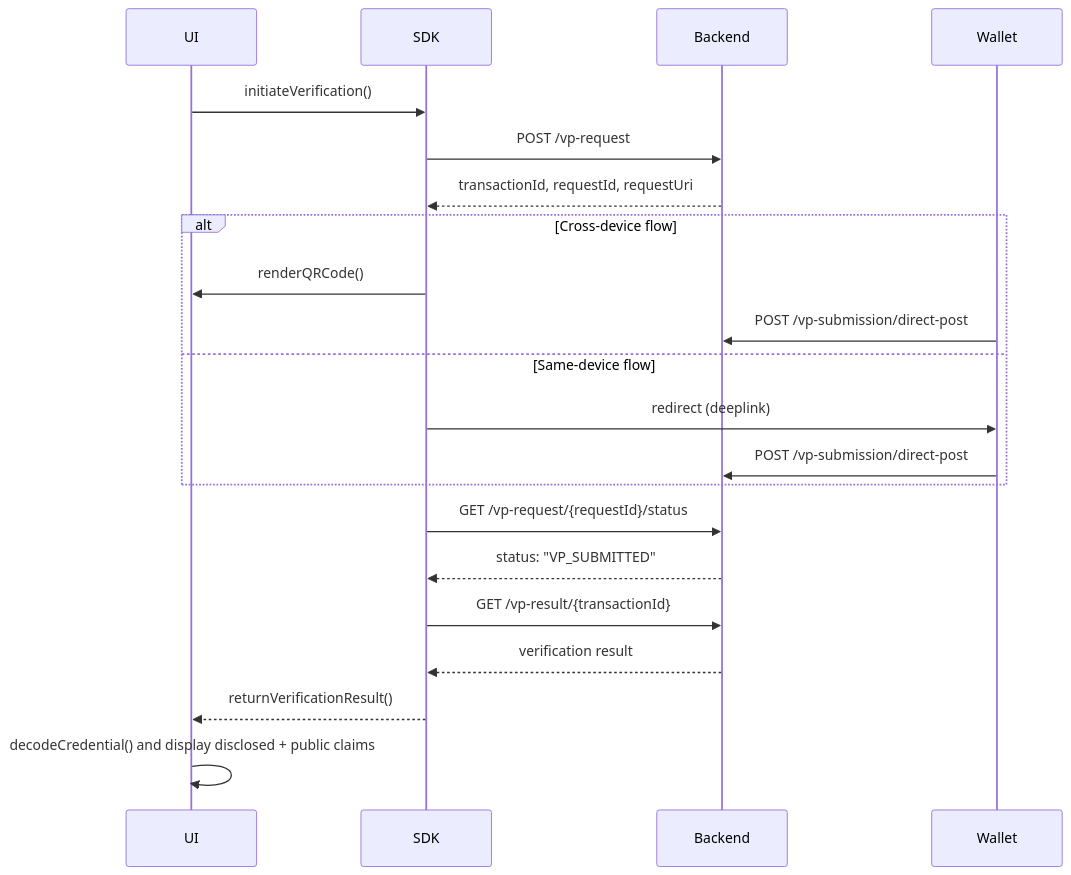
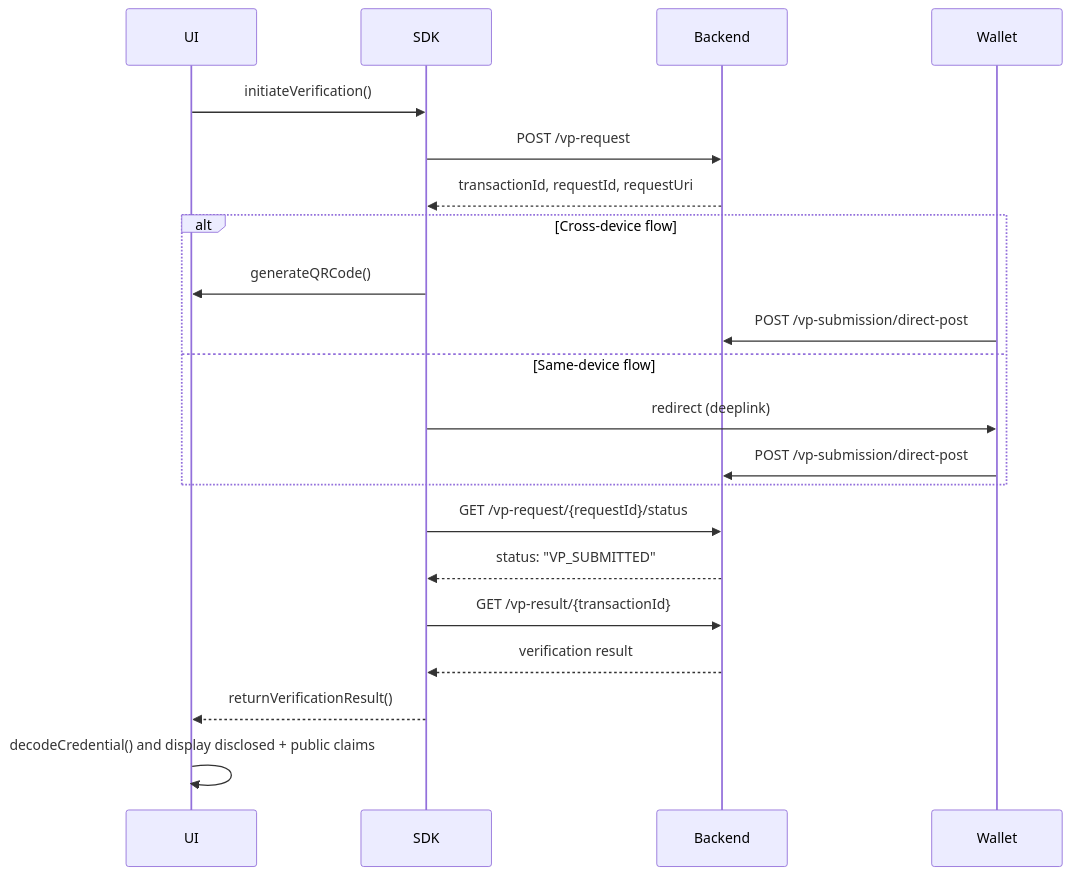
Before and after one commit to mosip/inji-verify: the diagram in docs/SD-JWT-Support.md, drawn with Mermaid. The commit also changed other lines of this file, not shown here.

````diff
--- a/docs/SD-JWT-Support.md
+++ b/docs/SD-JWT-Support.md
@@ -136,24 +102,24 @@
 ```mermaid
 sequenceDiagram
     participant UI
     participant SDK
     participant Backend
     participant Wallet
 
     UI->>SDK: initiateVerification()
     SDK->>Backend: POST /vp-request
     Backend-->>SDK: transactionId, requestId, requestUri
     alt Cross-device flow
-        SDK->>UI: renderQRCode()
+        SDK->>UI: generateQRCode()
         Wallet->>Backend: POST /vp-submission/direct-post
     else Same-device flow
         SDK->>Wallet: redirect (deeplink)
         Wallet->>Backend: POST /vp-submission/direct-post
     end
     SDK->>Backend: GET /vp-request/{requestId}/status
     Backend-->>SDK: status: "VP_SUBMITTED"
     SDK->>Backend: GET /vp-result/{transactionId}
     Backend-->>SDK: verification result
     SDK-->>UI: returnVerificationResult()
     UI->>UI: decodeCredential() and display disclosed + public claims
 ```
````
